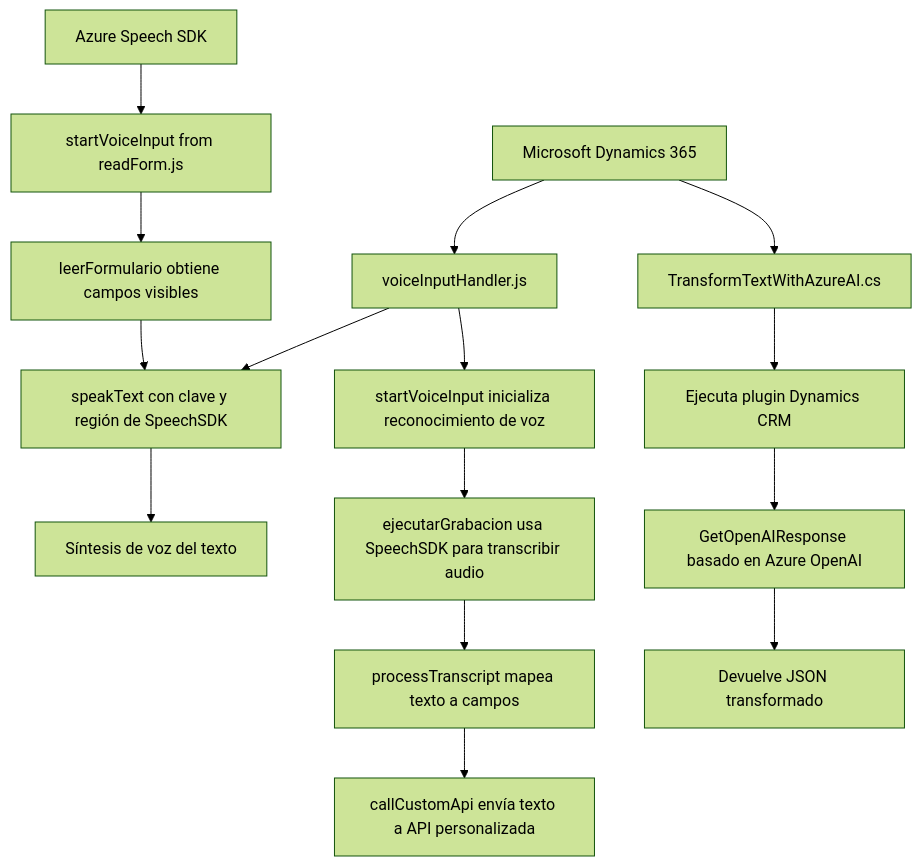
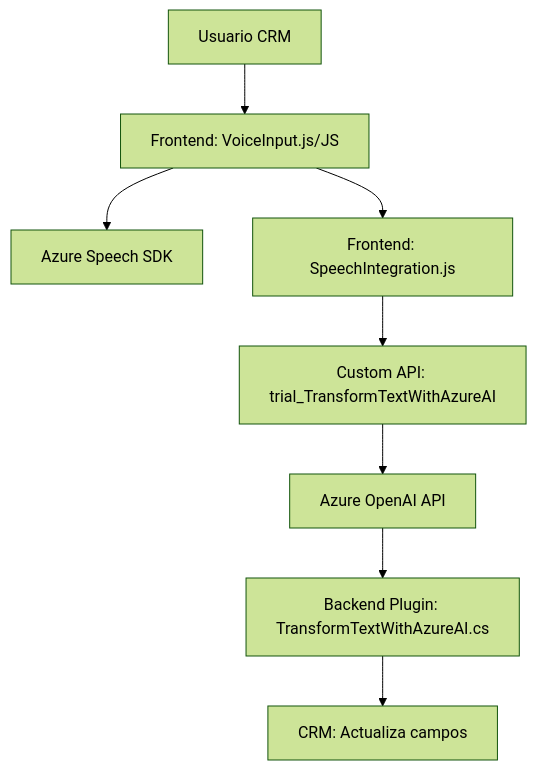
One commit to blopezdm/NETCORE_BILBAO2025 changed the diagram in README.md. Above: the diagram before and after it, drawn with Mermaid (forest theme). The commit also changed other lines of this file, not shown here.

Commit message:
Actualizar análisis global de la solución con IA

````diff
--- a/README.md
+++ b/README.md
@@ -55,20 +40,10 @@
 ```mermaid
 graph TD
-    A["Azure Speech SDK"] --> B["startVoiceInput from readForm.js"]
-    B --> C["leerFormulario obtiene campos visibles"]
-    C --> D["speakText con clave y región de SpeechSDK"]
-    D --> E["Síntesis de voz del texto"]
-
-    F["voiceInputHandler.js"] --> G["startVoiceInput inicializa reconocimiento de voz"]
-    G --> H["ejecutarGrabacion usa SpeechSDK para transcribir audio"]
-    H --> I["processTranscript mapea texto a campos"]
-    I --> J["callCustomApi envía texto a API personalizada"]
-    
-    K["TransformTextWithAzureAI.cs"] --> L["Ejecuta plugin Dynamics CRM"]
-    L --> M["GetOpenAIResponse basado en Azure OpenAI"]
-    M --> N["Devuelve JSON transformado"]
-    
-    X["Microsoft Dynamics 365"] --> F
-    X --> K
-    F --> D
+    A["Usuario CRM"] --> B["Frontend: VoiceInput.js/JS"]
+    B --> C["Azure Speech SDK"]
+    B --> D["Frontend: SpeechIntegration.js"]
+    D --> E["Custom API: trial_TransformTextWithAzureAI"]
+    E --> F["Azure OpenAI API"]
+    F --> G["Backend Plugin: TransformTextWithAzureAI.cs"]
+    G --> H["CRM: Actualiza campos"]
 ```
````
